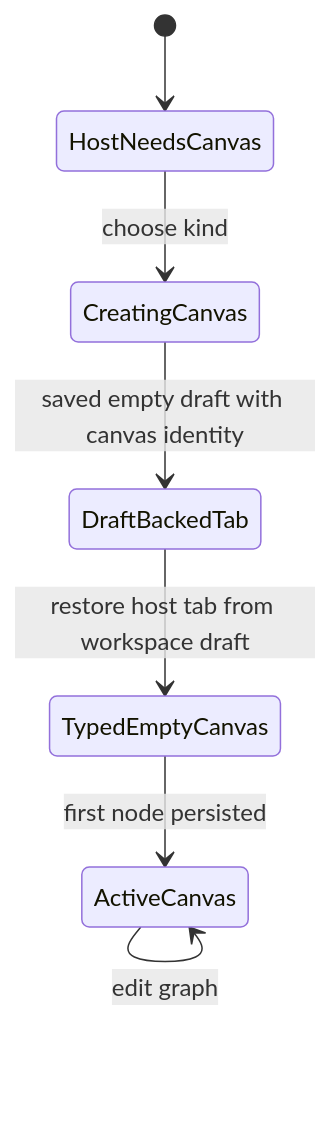
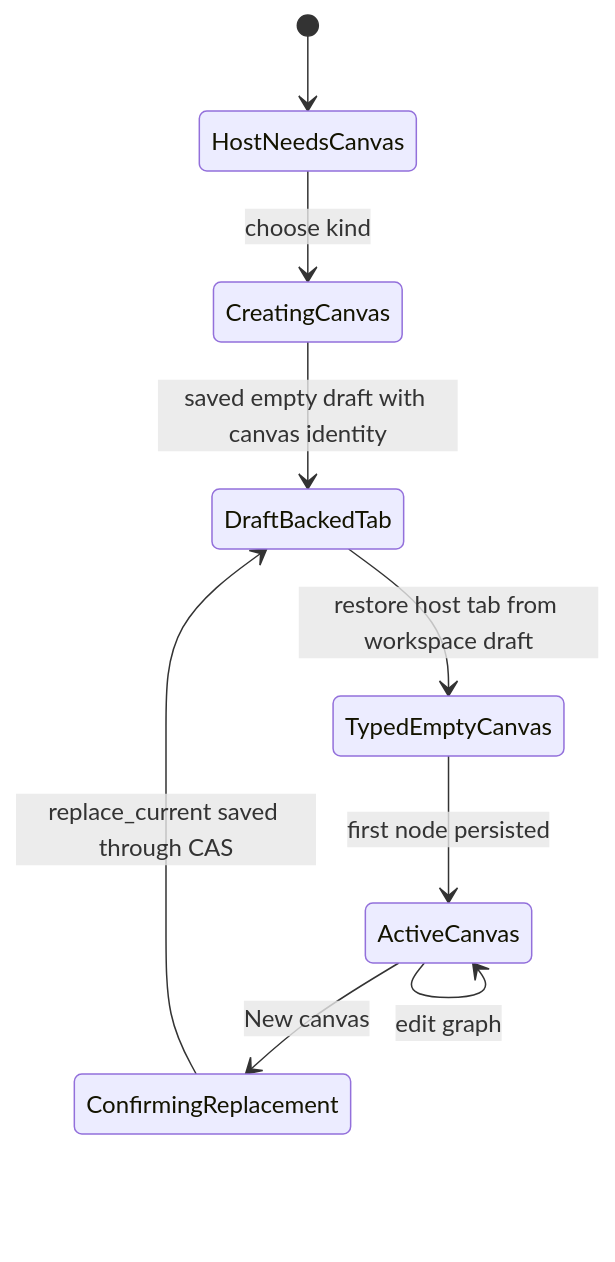
One commit to dunay2/dvt changed the first of 4 diagrams in docs/architecture/components/web/graph/canvas-playground-host-component.md. Above: the diagram before and after it, drawn with Mermaid. The commit also changed other lines of this file and 52 other files, not shown here.

Commit message:
refactor(web): Harden canvas startup and draft recovery architecture

````diff
--- a/docs/architecture/components/web/graph/canvas-playground-host-component.md
+++ b/docs/architecture/components/web/graph/canvas-playground-host-component.md
@@ -108,9 +110,11 @@
 ```mermaid
 stateDiagram-v2
   [*] --> HostNeedsCanvas
   HostNeedsCanvas --> CreatingCanvas: choose kind
   CreatingCanvas --> DraftBackedTab: saved empty draft with canvas identity
   DraftBackedTab --> TypedEmptyCanvas: restore host tab from workspace draft
   TypedEmptyCanvas --> ActiveCanvas: first node persisted
   ActiveCanvas --> ActiveCanvas: edit graph
+  ActiveCanvas --> ConfirmingReplacement: New canvas
+  ConfirmingReplacement --> DraftBackedTab: replace_current saved through CAS
 ```
````
